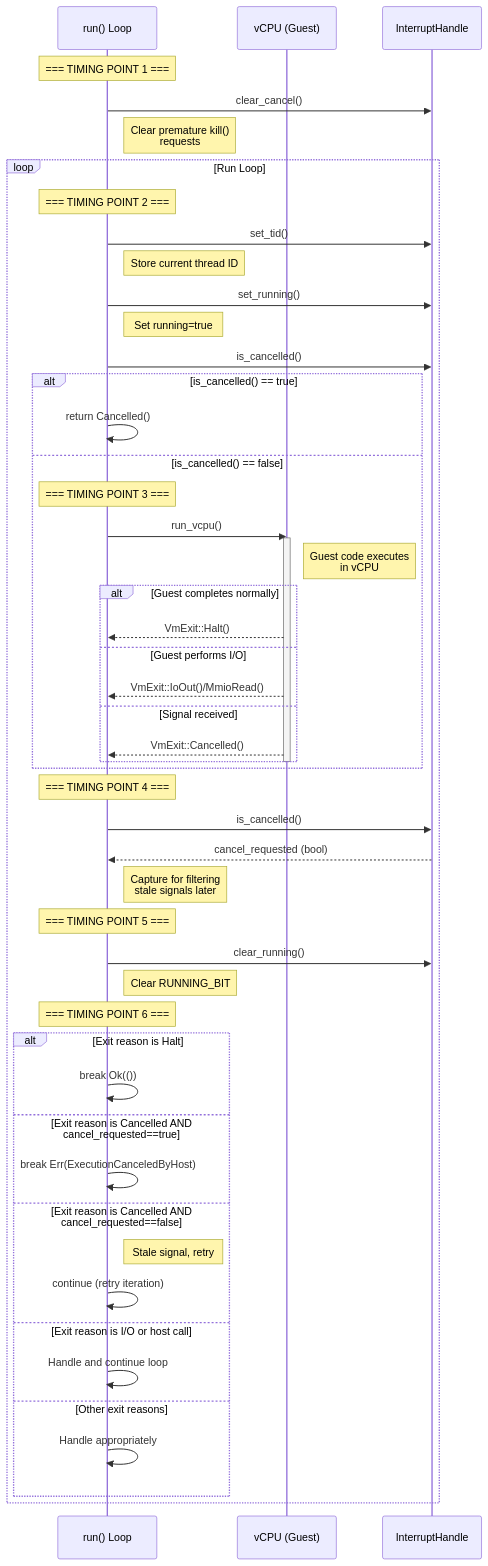
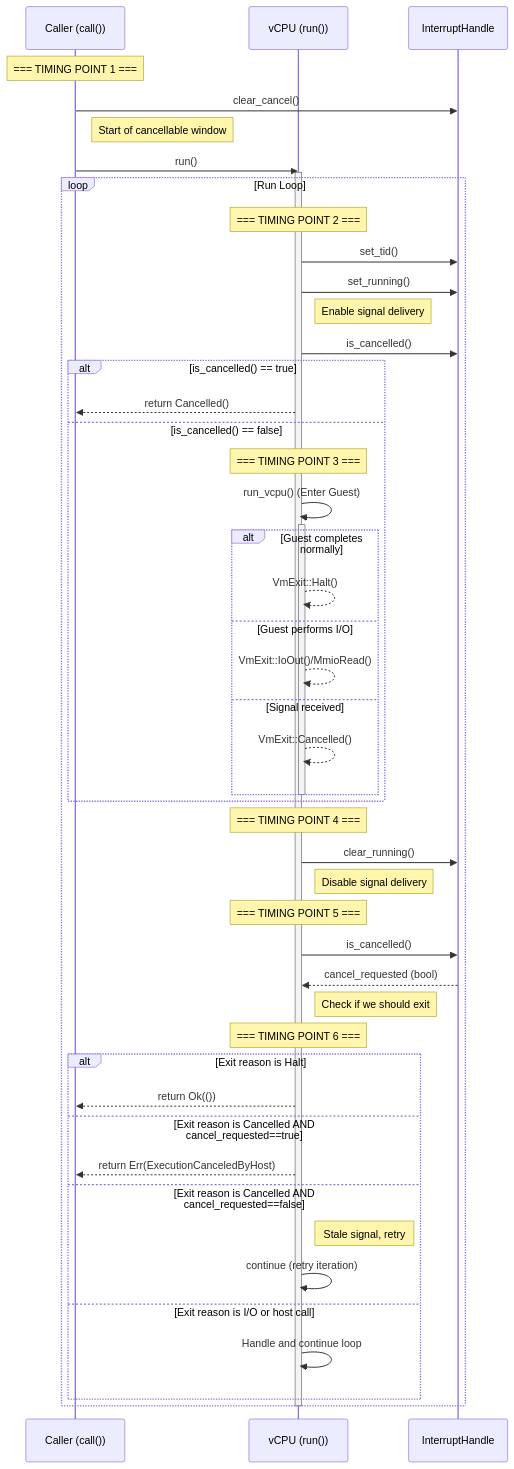
The first of 3 diagrams in docs/cancellation.md (hyperlight-dev/hyperlight), drawn with Mermaid before and after one commit. The commit also changed other lines of this file and 5 other files, not shown here.

````diff
--- a/docs/cancellation.md
+++ b/docs/cancellation.md
@@ -32,62 +32,62 @@
 ```mermaid
 sequenceDiagram
-    participant VM as run() Loop
-    participant Guest as vCPU (Guest)
+    participant Caller as Caller (call())
+    participant vCPU as vCPU (run())
     participant IH as InterruptHandle
 
-    Note over VM: === TIMING POINT 1 ===
-    VM->>IH: clear_cancel()
-    Note right of VM: Clear premature kill()<br/>requests
+    Note over Caller: === TIMING POINT 1 ===
+    Caller->>IH: clear_cancel()
+    Note right of Caller: Start of cancellable window
+
+    Caller->>vCPU: run()
+    activate vCPU
 
     loop Run Loop
-        Note over VM: === TIMING POINT 2 ===
-        VM->>IH: set_tid()
-        Note right of VM: Store current thread ID
-        VM->>IH: set_running()
-        Note right of VM: Set running=true
+        Note over vCPU: === TIMING POINT 2 ===
+        vCPU->>IH: set_tid()
+        vCPU->>IH: set_running()
+        Note right of vCPU: Enable signal delivery
 
-        VM->>IH: is_cancelled()
+        vCPU->>IH: is_cancelled()
         
         alt is_cancelled() == true
-            VM->>VM: return Cancelled()
+            vCPU-->>Caller: return Cancelled()
         else is_cancelled() == false
-            Note over VM: === TIMING POINT 3 ===
-            VM->>Guest: run_vcpu()
-            activate Guest
-            Note right of Guest: Guest code executes<br/>in vCPU
+            Note over vCPU: === TIMING POINT 3 ===
+            vCPU->>vCPU: run_vcpu() (Enter Guest)
+            activate vCPU
             
             alt Guest completes normally
-                Guest-->>VM: VmExit::Halt()
+                vCPU-->>vCPU: VmExit::Halt()
             else Guest performs I/O
-                Guest-->>VM: VmExit::IoOut()/MmioRead()
+                vCPU-->>vCPU: VmExit::IoOut()/MmioRead()
             else Signal received
-                Guest-->>VM: VmExit::Cancelled()
+                vCPU-->>vCPU: VmExit::Cancelled()
             end
-            deactivate Guest
+            deactivate vCPU
         end
 
-        Note over VM: === TIMING POINT 4 ===
-        VM->>IH: is_cancelled()
-        IH-->>VM: cancel_requested (bool)
-        Note right of VM: Capture for filtering<br/>stale signals later
+        Note over vCPU: === TIMING POINT 4 ===
+        vCPU->>IH: clear_running()
+        Note right of vCPU: Disable signal delivery
 
-        Note over VM: === TIMING POINT 5 ===
-        VM->>IH: clear_running()
-        Note right of VM: Clear RUNNING_BIT
+        Note over vCPU: === TIMING POINT 5 ===
+        vCPU->>IH: is_cancelled()
+        IH-->>vCPU: cancel_requested (bool)
+        Note right of vCPU: Check if we should exit
 
-        Note over VM: === TIMING POINT 6 ===
+        Note over vCPU: === TIMING POINT 6 ===
         
         alt Exit reason is Halt
-            VM->>VM: break Ok(())
+            vCPU-->>Caller: return Ok(())
         else Exit reason is Cancelled AND cancel_requested==true
-            VM->>VM: break Err(ExecutionCanceledByHost)
+            vCPU-->>Caller: return Err(ExecutionCanceledByHost)
         else Exit reason is Cancelled AND cancel_requested==false
-            Note right of VM: Stale signal, retry
-            VM->>VM: continue (retry iteration)
+            Note right of vCPU: Stale signal, retry
+            vCPU->>vCPU: continue (retry iteration)
         else Exit reason is I/O or host call
-            VM->>VM: Handle and continue loop
-        else Other exit reasons
-            VM->>VM: Handle appropriately
+            vCPU->>vCPU: Handle and continue loop
         end
     end
+    deactivate vCPU
 ```
````
